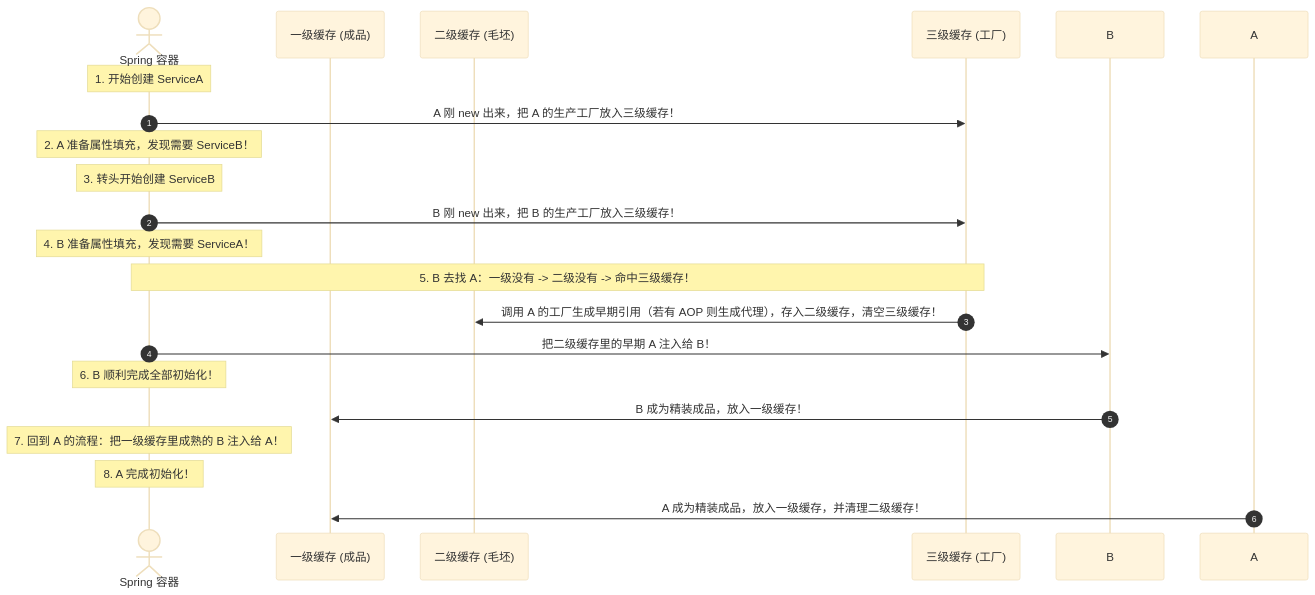
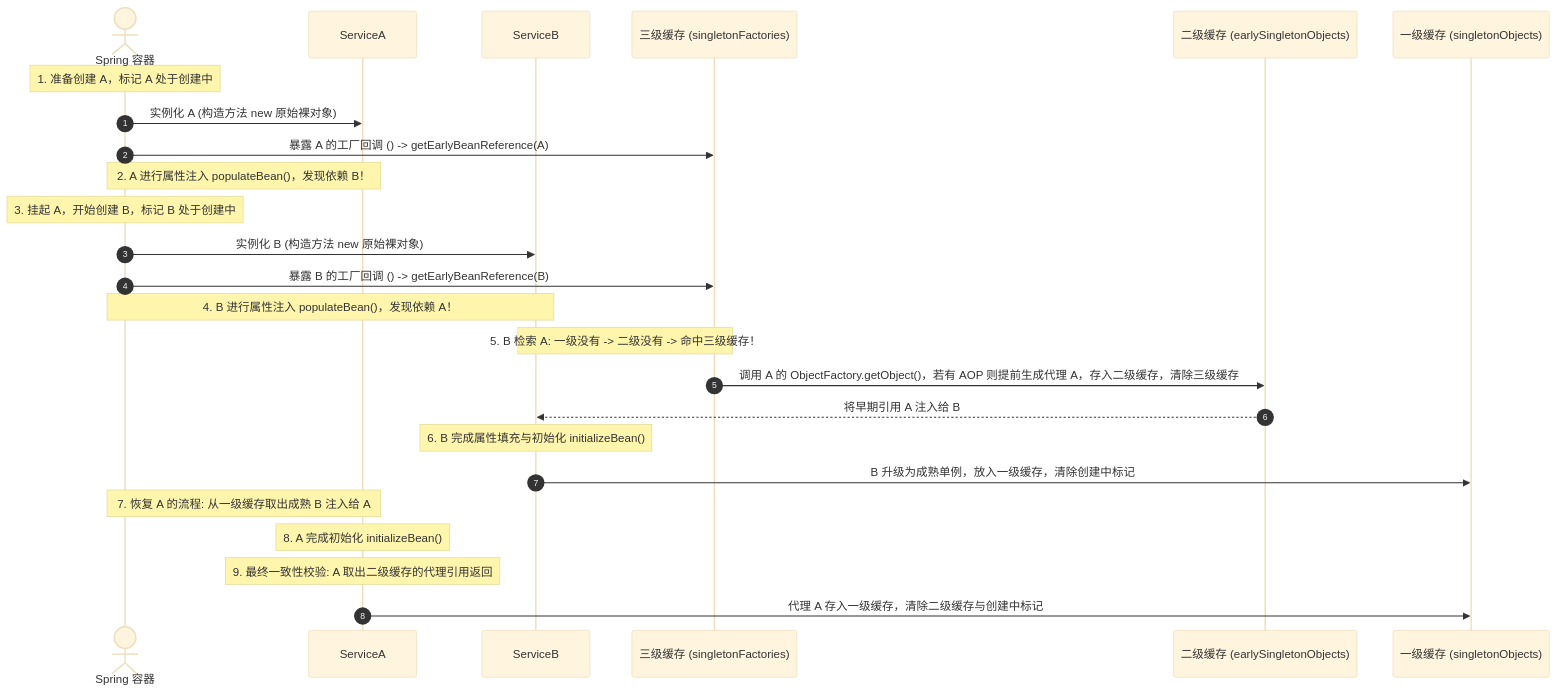
The third of 3 diagrams in 20-Java后端/04-Spring生态/13-Spring循环依赖与三级缓存.md (GuoWWWX/knowledge-base), drawn with Mermaid (base theme) before and after one commit. The commit also changed other lines of this file and 234 other files, not shown here.

````diff
--- a/20-Java后端/04-Spring生态/13-Spring循环依赖与三级缓存.md
+++ b/20-Java后端/04-Spring生态/13-Spring循环依赖与三级缓存.md
@@ -95,27 +120,31 @@
 ```mermaid
 sequenceDiagram
     autonumber
-    actor Spring as Spring 容器
-    participant L1 as 一级缓存 (成品)
-    participant L2 as 二级缓存 (毛坯)
-    participant L3 as 三级缓存 (工厂)
+    actor Container as Spring 容器
+    participant A as ServiceA
+    participant B as ServiceB
+    participant L3 as 三级缓存 (singletonFactories)
+    participant L2 as 二级缓存 (earlySingletonObjects)
+    participant L1 as 一级缓存 (singletonObjects)
 
-    Note over Spring: 1. 开始创建 ServiceA
-    Spring->>L3: A 刚 new 出来，把 A 的生产工厂放入三级缓存！
-    Note over Spring: 2. A 准备属性填充，发现需要 ServiceB！
-    
-    Note over Spring: 3. 转头开始创建 ServiceB
-    Spring->>L3: B 刚 new 出来，把 B 的生产工厂放入三级缓存！
-    Note over Spring: 4. B 准备属性填充，发现需要 ServiceA！
-    
-    Note over Spring, L3: 5. B 去找 A：一级没有 -> 二级没有 -> 命中三级缓存！
-    L3->>L2: 调用 A 的工厂生成早期引用（若有 AOP 则生成代理），存入二级缓存，清空三级缓存！
-    Spring->>B: 把二级缓存里的早期 A 注入给 B！
-    
-    Note over Spring: 6. B 顺利完成全部初始化！
-    B->>L1: B 成为精装成品，放入一级缓存！
-    
-    Note over Spring: 7. 回到 A 的流程：把一级缓存里成熟的 B 注入给 A！
-    Note over Spring: 8. A 完成初始化！
-    A->>L1: A 成为精装成品，放入一级缓存，并清理二级缓存！
+    Note over Container: 1. 准备创建 A，标记 A 处于创建中
+    Container->>A: 实例化 A (构造方法 new 原始裸对象)
+    Container->>L3: 暴露 A 的工厂回调 () -> getEarlyBeanReference(A)
+    Note over Container, A: 2. A 进行属性注入 populateBean()，发现依赖 B！
+
+    Note over Container: 3. 挂起 A，开始创建 B，标记 B 处于创建中
+    Container->>B: 实例化 B (构造方法 new 原始裸对象)
+    Container->>L3: 暴露 B 的工厂回调 () -> getEarlyBeanReference(B)
+    Note over Container, B: 4. B 进行属性注入 populateBean()，发现依赖 A！
+
+    Note over B, L3: 5. B 检索 A: 一级没有 -> 二级没有 -> 命中三级缓存！
+    L3->>L2: 调用 A 的 ObjectFactory.getObject()，若有 AOP 则提前生成代理 A，存入二级缓存，清除三级缓存
+    L2-->>B: 将早期引用 A 注入给 B
+    Note over B: 6. B 完成属性填充与初始化 initializeBean()
+    B->>L1: B 升级为成熟单例，放入一级缓存，清除创建中标记
+
+    Note over Container, A: 7. 恢复 A 的流程: 从一级缓存取出成熟 B 注入给 A
+    Note over A: 8. A 完成初始化 initializeBean()
+    Note over A: 9. 最终一致性校验: A 取出二级缓存的代理引用返回
+    A->>L1: 代理 A 存入一级缓存，清除二级缓存与创建中标记
 ```
````
